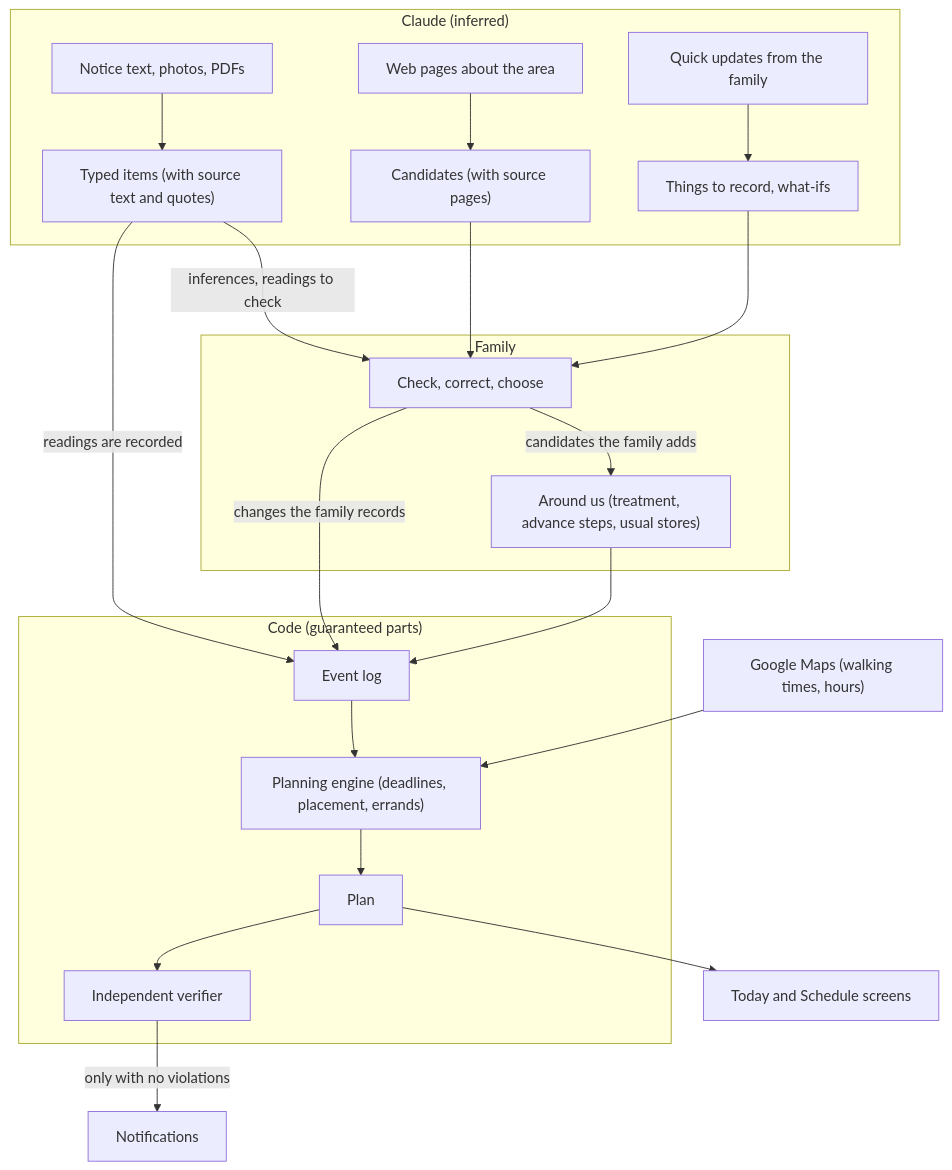
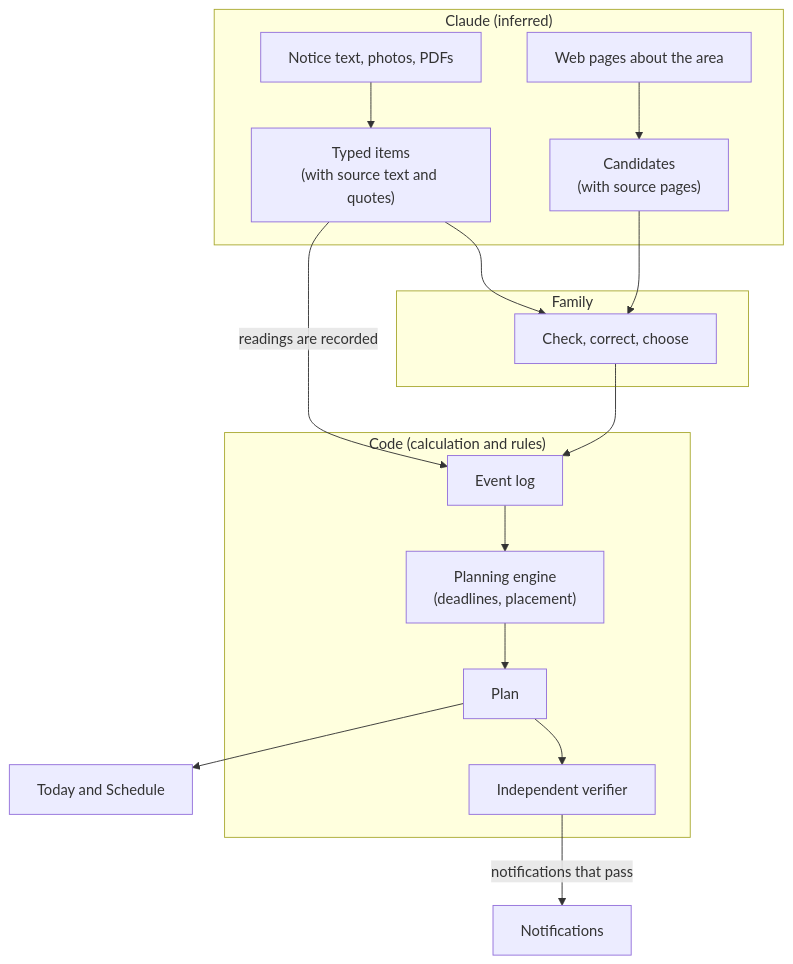
The diagram in README.en.md (ChesterRa/maniau), drawn with Mermaid before and after one commit. The commit also changed other lines of this file and 18 other files, not shown here.

````diff
--- a/README.en.md
+++ b/README.en.md
@@ -121,27 +91,21 @@
 ```mermaid
 flowchart TB
   subgraph sgClaude["Claude (inferred)"]
-    notice["Notice text, photos, PDFs"] --> facts["Typed items (with source text and quotes)"]
-    around["Web pages about the area"] --> cands["Candidates (with source pages)"]
-    said["Quick updates from the family"] --> drafts["Things to record, what-ifs"]
+    notice["Notice text, photos, PDFs"] --> facts["Typed items<br>(with source text and quotes)"]
+    around["Web pages about the area"] --> cands["Candidates<br>(with source pages)"]
   end
   subgraph sgFamily["Family"]
     confirm["Check, correct, choose"]
-    res["Around us (treatment, advance steps, usual stores)"]
   end
-  subgraph sgCode["Code (guaranteed parts)"]
-    log["Event log"] --> engine["Planning engine (deadlines, placement, errands)"]
+  subgraph sgCode["Code (calculation and rules)"]
+    log["Event log"] --> engine["Planning engine<br>(deadlines, placement)"]
     engine --> plan["Plan"]
     plan --> verify["Independent verifier"]
   end
+  facts --> confirm
+  cands --> confirm
+  confirm --> log
   facts -->|readings are recorded| log
-  facts -->|inferences, readings to check| confirm
-  cands --> confirm
-  drafts --> confirm
-  confirm -->|candidates the family adds| res
-  confirm -->|changes the family records| log
-  res --> log
-  maps["Google Maps (walking times, hours)"] --> engine
-  plan --> today["Today and Schedule screens"]
-  verify -->|only with no violations| push["Notifications"]
+  plan --> today["Today and Schedule"]
+  verify -->|notifications that pass| push["Notifications"]
 ```
````
